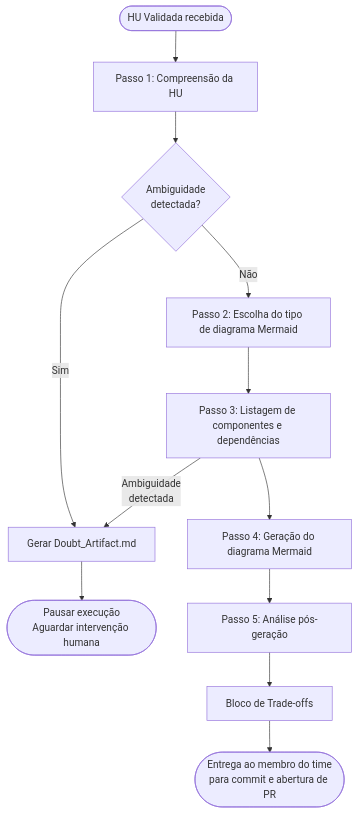
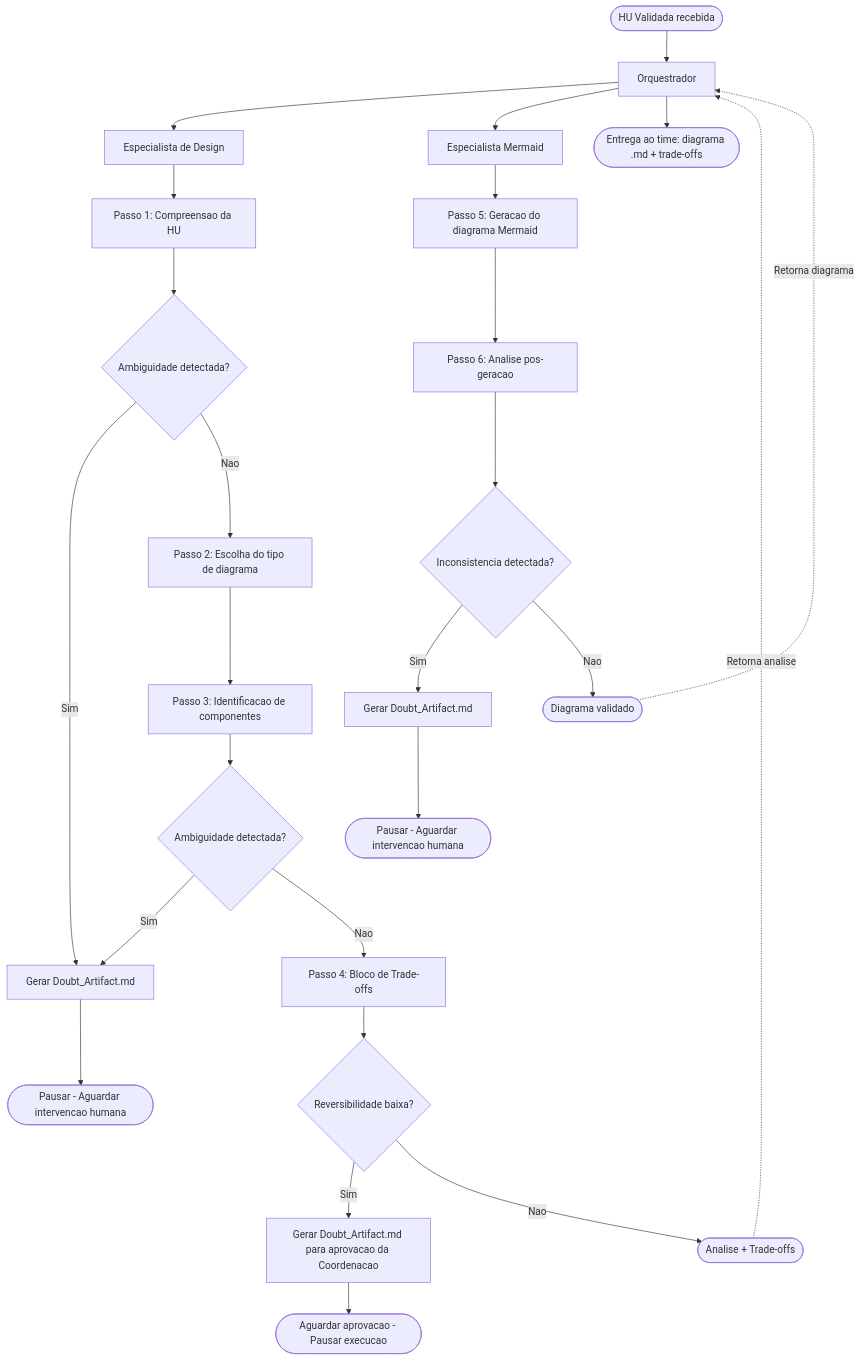
The first of 2 diagrams in docs/Time_2_Design/Subtask1.1_Chain-of-Thought.md (PDC-ESIA/AI4ES), drawn with Mermaid before and after one commit. The commit also changed other lines of this file and 14 other files, not shown here.

````diff
--- a/docs/Time_2_Design/Subtask1.1_Chain-of-Thought.md
+++ b/docs/Time_2_Design/Subtask1.1_Chain-of-Thought.md
@@ -93,14 +128,35 @@
 ```mermaid
 flowchart TD
-    A([HU Validada recebida]) --> B[Passo 1: Compreensão da HU]
-    B --> C{Ambiguidade\ndetectada?}
-    C -->|Sim| D[Gerar Doubt_Artifact.md]
-    D --> E([Pausar execução\nAguardar intervenção humana])
-    C -->|Não| F[Passo 2: Escolha do tipo de diagrama Mermaid]
-    F --> G[Passo 3: Listagem de componentes e dependências]
-    G -->|Ambiguidade\ndetectada| D
-    G --> H[Passo 4: Geração do diagrama Mermaid]
-    H --> I[Passo 5: Análise pós-geração]
-    I --> J[Bloco de Trade-offs]
-    J --> K([Entrega ao membro do time\npara commit e abertura de PR])
+    A([HU Validada recebida]) --> ORC[Orquestrador]
+
+    ORC --> D1[Especialista de Design]
+
+    D1 --> P1[Passo 1: Compreensao da HU]
+    P1 --> C1{Ambiguidade detectada?}
+    C1 -->|Sim| DA1[Gerar Doubt_Artifact.md]
+    DA1 --> PAUSE1([Pausar - Aguardar intervencao humana])
+    C1 -->|Nao| P2[Passo 2: Escolha do tipo de diagrama]
+    P2 --> P3[Passo 3: Identificacao de componentes]
+    P3 --> C2{Ambiguidade detectada?}
+    C2 -->|Sim| DA1
+    C2 -->|Nao| P4[Passo 4: Bloco de Trade-offs]
+    P4 --> C3{Reversibilidade baixa?}
+    C3 -->|Sim| DA2[Gerar Doubt_Artifact.md para aprovacao da Coordenacao]
+    DA2 --> PAUSE2([Aguardar aprovacao - Pausar execucao])
+    C3 -->|Nao| D1OUT([Analise + Trade-offs])
+
+    D1OUT -.->|Retorna analise| ORC
+
+    ORC --> D2[Especialista Mermaid]
+
+    D2 --> P5[Passo 5: Geracao do diagrama Mermaid]
+    P5 --> P6[Passo 6: Analise pos-geracao]
+    P6 --> C4{Inconsistencia detectada?}
+    C4 -->|Sim| DA3[Gerar Doubt_Artifact.md]
+    DA3 --> PAUSE3([Pausar - Aguardar intervencao humana])
+    C4 -->|Nao| D2OUT([Diagrama validado])
+
+    D2OUT -.->|Retorna diagrama| ORC
+
+    ORC --> FIM([Entrega ao time: diagrama .md + trade-offs])
 ```
````
